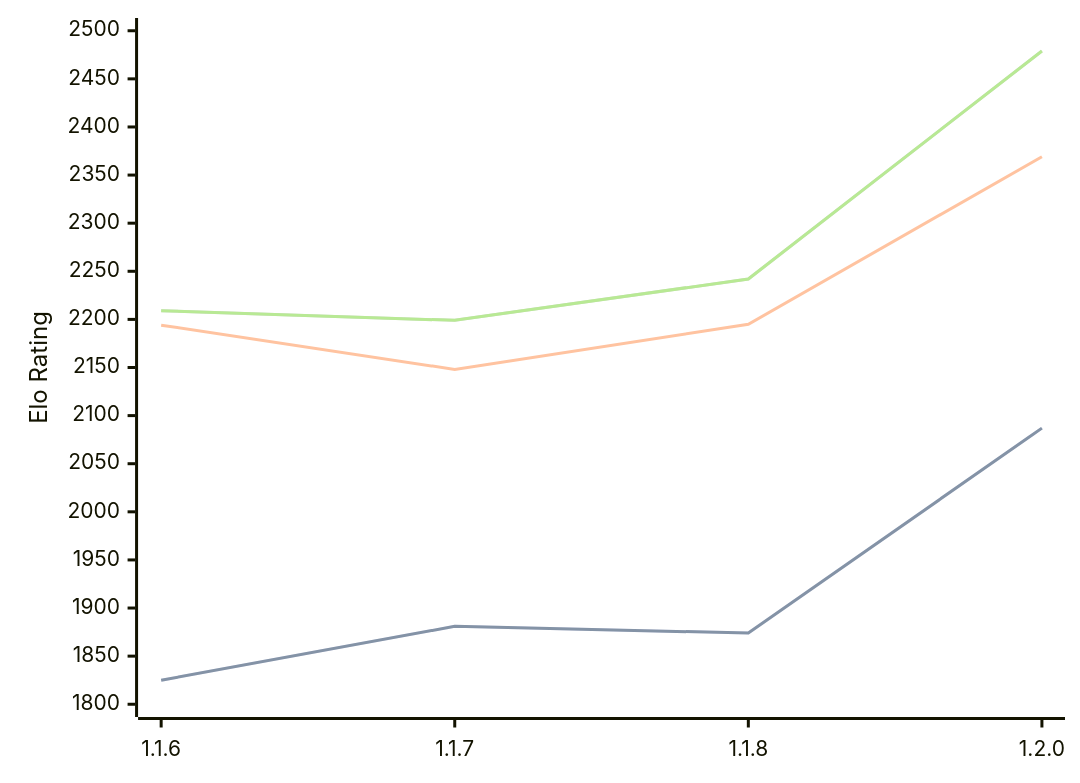
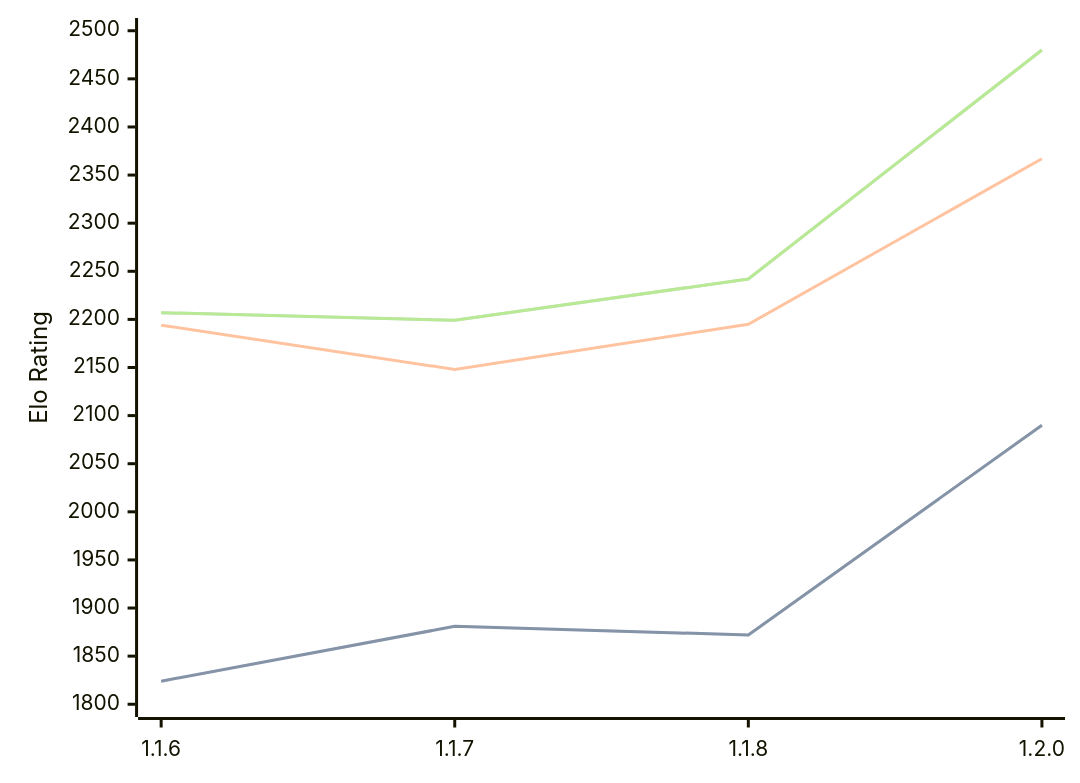
Before and after one commit to computer-chess-index/cci: the diagram in engines/Soomi.md, drawn with Mermaid. The commit also changed other lines of this file, not shown here.

Commit message:
Update CCI Ratings (ELO VLTC) - 2026-03-05

````diff
--- a/engines/Soomi.md
+++ b/engines/Soomi.md
@@ -32,11 +32,11 @@
 ```mermaid
 %%{init: {"theme":"base","themeVariables":{"seriesColors:['#a3a3a3','#222221','#faa371']}}}%%
 xychart-beta
   x-axis ["1.1.6", "1.1.7", "1.1.8", "1.2.0"]
   y-axis "Elo Rating" 1800 --> 2500
-  line "STC (8.0+0.08s)" [1825, 1881, 1874, 2087]
-  line "STC (8.0+0.08s)" [1825, 1881, 1874, 2087]
-  line "LTC (60.0+0.60s)" [2194, 2148, 2195, 2369]
-  line "VLTC (2m24s+1.12s)" [2209, 2199, 2242, 2479]
-  line "VLTC (2m24s+1.12s)" [2209, 2199, 2242, 2479]
+  line "STC (8.0+0.08s)" [1824, 1881, 1872, 2090]
+  line "STC (8.0+0.08s)" [1824, 1881, 1872, 2090]
+  line "LTC (60.0+0.60s)" [2194, 2148, 2195, 2367]
+  line "VLTC (2m24s+1.12s)" [2207, 2199, 2242, 2480]
+  line "VLTC (2m24s+1.12s)" [2207, 2199, 2242, 2480]
 ```
````
